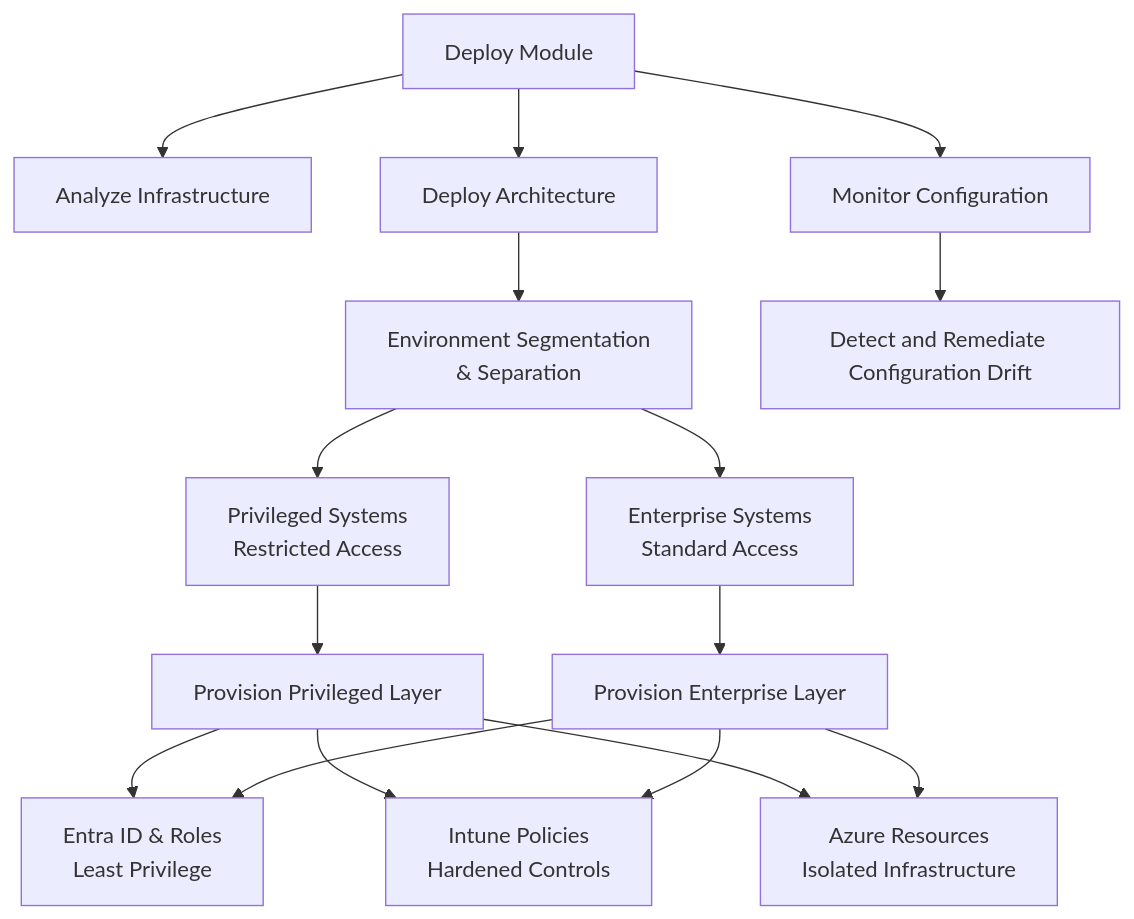
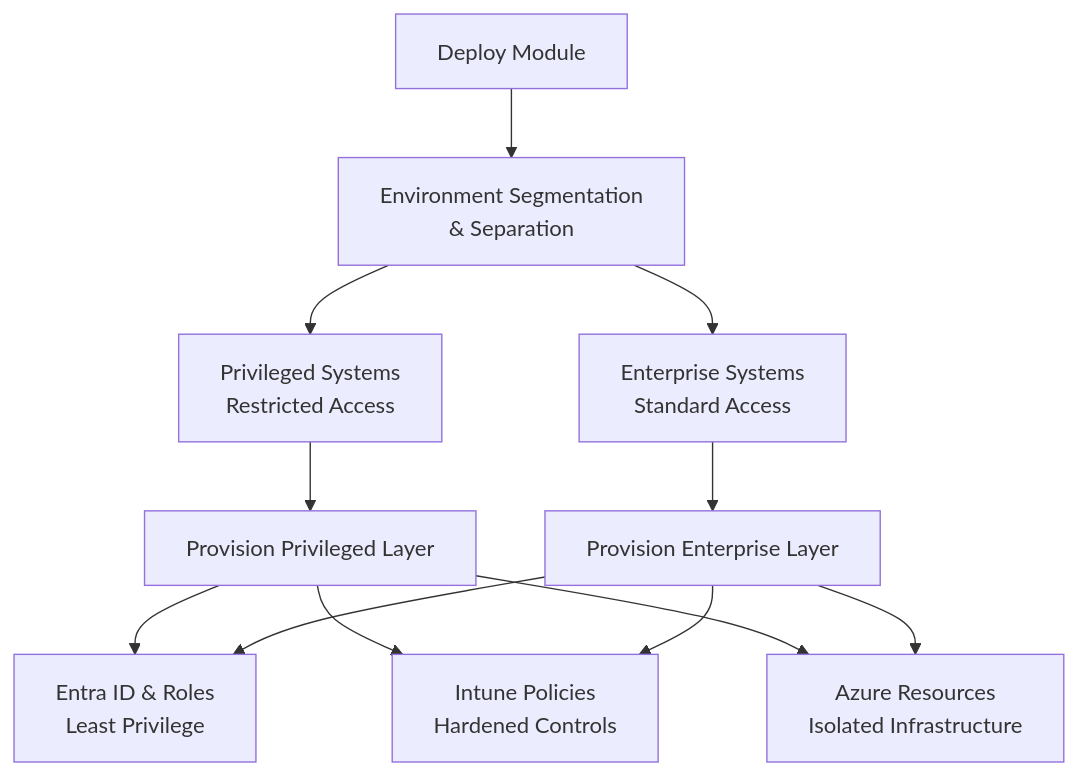
One commit to Software-Hardware-Integration-Lab/Documentation changed the first of 2 diagrams in docs/SHIELD/Deploy/index.md. Above: the diagram before and after it, drawn with Mermaid.

Commit message:
Simplified deploy overview diagram

````diff
--- a/docs/SHIELD/Deploy/index.md
+++ b/docs/SHIELD/Deploy/index.md
@@ -7,28 +7,21 @@
 ``` mermaid
 flowchart TD
     B[Deploy Module]
-    
-    
-    B --> C[Analyze Infrastructure]
-    B --> D[Deploy Architecture]
-    B --> E[Monitor Configuration]
-    
-    D --> Seg["Environment Segmentation<br/>& Separation"]
+   
+    B --> Seg["Environment Segmentation<br/>& Separation"]
     
     Seg --> Priv["Privileged Systems<br/>Restricted Access"]
     Seg --> Ent["Enterprise Systems<br/>Standard Access"]
     
     Priv --> D1["Provision Privileged Layer"]
     Ent --> D2["Provision Enterprise Layer"]
     
     D1 --> G["Entra ID & Roles<br/>Least Privilege"]
     D1 --> H["Intune Policies<br/>Hardened Controls"]
     D1 --> I["Azure Resources<br/>Isolated Infrastructure"]
     
     D2 --> G
     D2 --> H
     D2 --> I
-    
-    E --> E1["Detect and Remediate Configuration Drift"]
    
 ```
````
